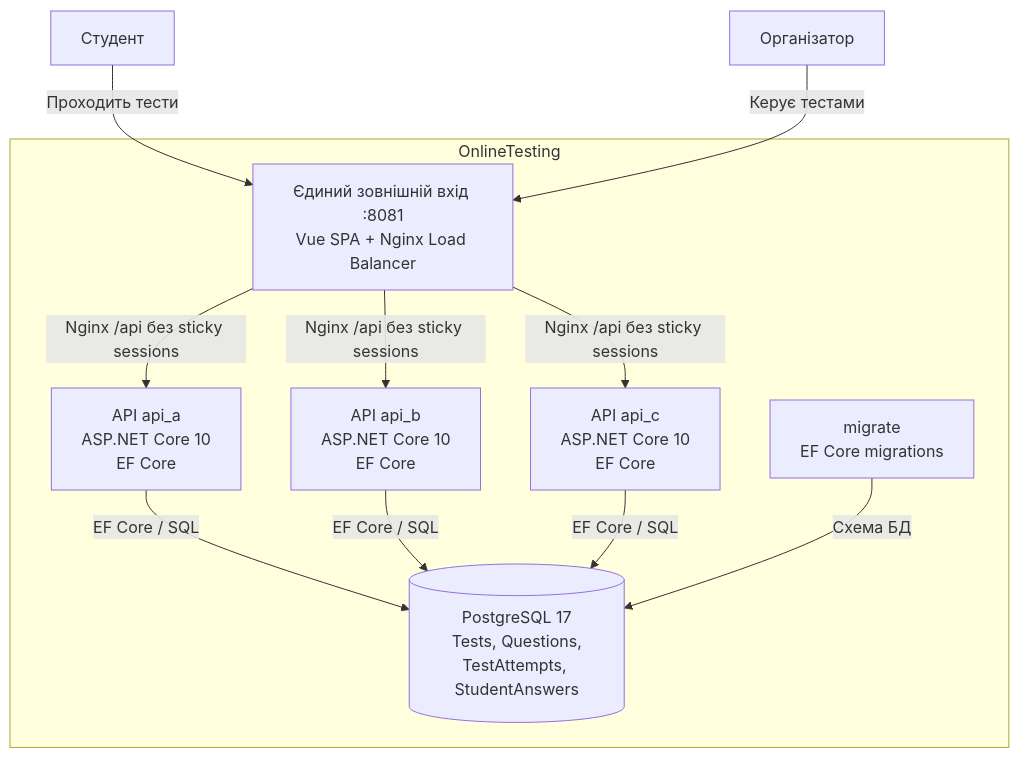
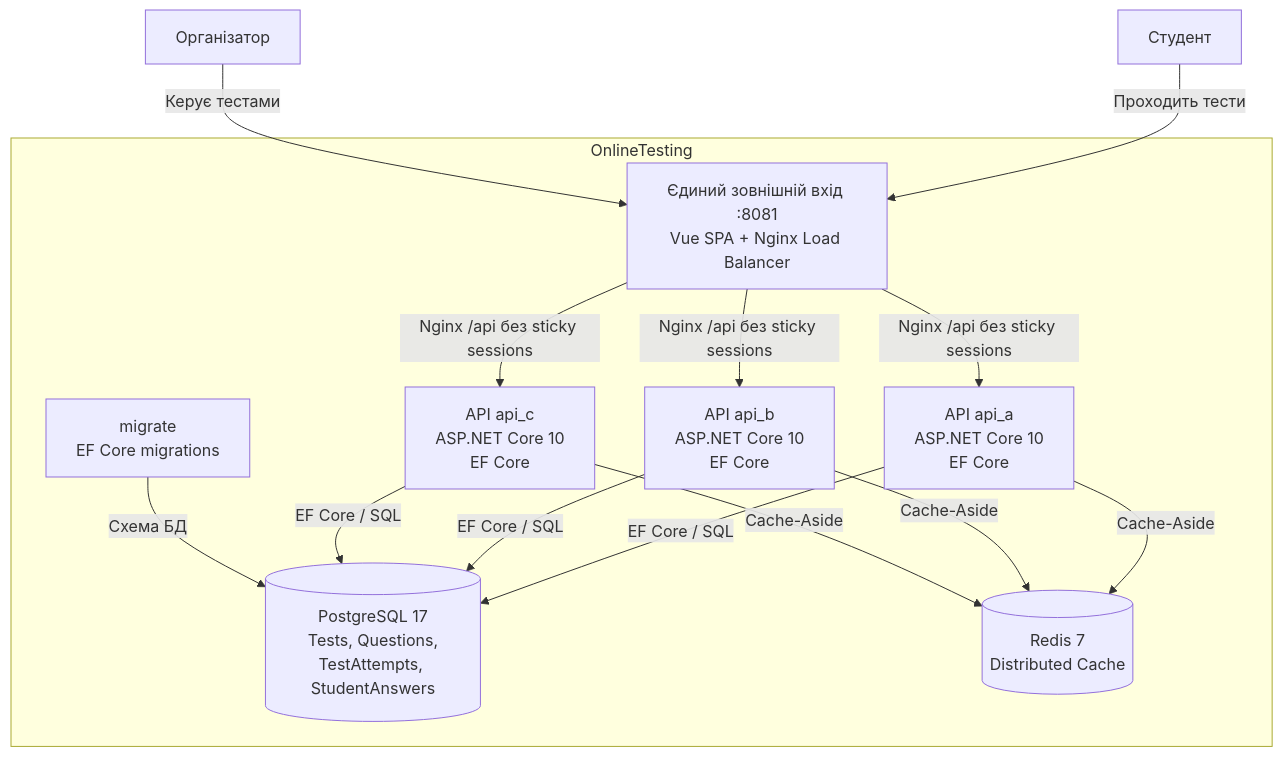
One commit to LYarmoliuk/OnlineTesting changed the first of 3 diagrams in docs/architecture.md. Above: the diagram before and after it, drawn with Mermaid. The commit also changed other lines of this file and 6 other files, not shown here.

````diff
--- a/docs/architecture.md
+++ b/docs/architecture.md
@@ -17,24 +18,28 @@
 ```mermaid
 flowchart TB
     Student["Студент"]
     Organizer["Організатор"]
 
     subgraph OnlineTesting["OnlineTesting"]
         Frontend["Єдиний зовнішній вхід :8081<br/>Vue SPA + Nginx Load Balancer"]
         APIA["API api_a<br/>ASP.NET Core 10<br/>EF Core"]
         APIB["API api_b<br/>ASP.NET Core 10<br/>EF Core"]
         APIC["API api_c<br/>ASP.NET Core 10<br/>EF Core"]
         Migration["migrate<br/>EF Core migrations"]
         DB[("PostgreSQL 17<br/>Tests, Questions,<br/>TestAttempts, StudentAnswers")]
+        Redis[("Redis 7<br/>Distributed Cache")]
     end
 
     Student -->|"Проходить тести"| Frontend
     Organizer -->|"Керує тестами"| Frontend
     Frontend -->|"Nginx /api без sticky sessions"| APIA
     Frontend -->|"Nginx /api без sticky sessions"| APIB
     Frontend -->|"Nginx /api без sticky sessions"| APIC
     APIA -->|"EF Core / SQL"| DB
     APIB -->|"EF Core / SQL"| DB
     APIC -->|"EF Core / SQL"| DB
+    APIA -->|"Cache-Aside"| Redis
+    APIB -->|"Cache-Aside"| Redis
+    APIC -->|"Cache-Aside"| Redis
     Migration -->|"Схема БД"| DB
 ```
````
